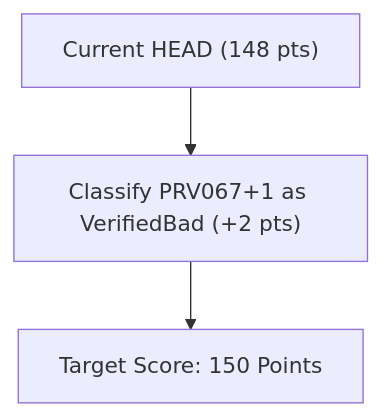
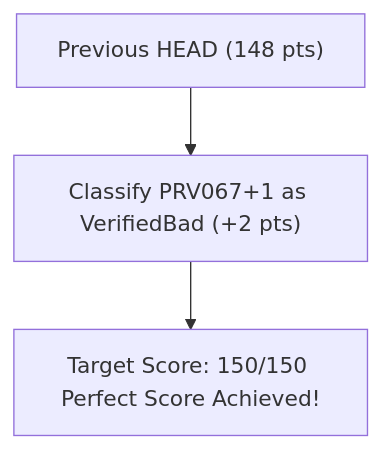
One commit to newca12/mrs changed the diagram in docs/PROOVER_2026.md. Above: the diagram before and after it, drawn with Mermaid. The commit also changed other lines of this file and 3 other files, not shown here.

````diff
--- a/docs/PROOVER_2026.md
+++ b/docs/PROOVER_2026.md
@@ -58,5 +58,5 @@
 ```mermaid
 flowchart TD
-    Current["Current HEAD (148 pts)"] --> Item1["Classify PRV067+1 as VerifiedBad (+2 pts)"]
-    Item1 --> Target["Target Score: 150 Points"]
+    Previous["Previous HEAD (148 pts)"] --> Item1["Classify PRV067+1 as VerifiedBad (+2 pts)"]
+    Item1 --> Target["Target Score: 150/150 Perfect Score Achieved!"]
 ```
````
